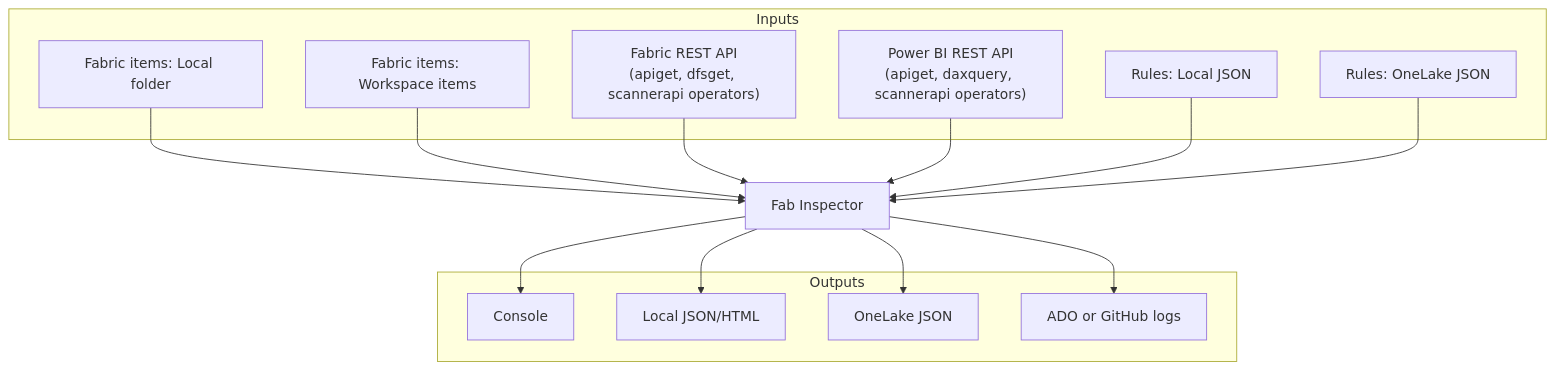
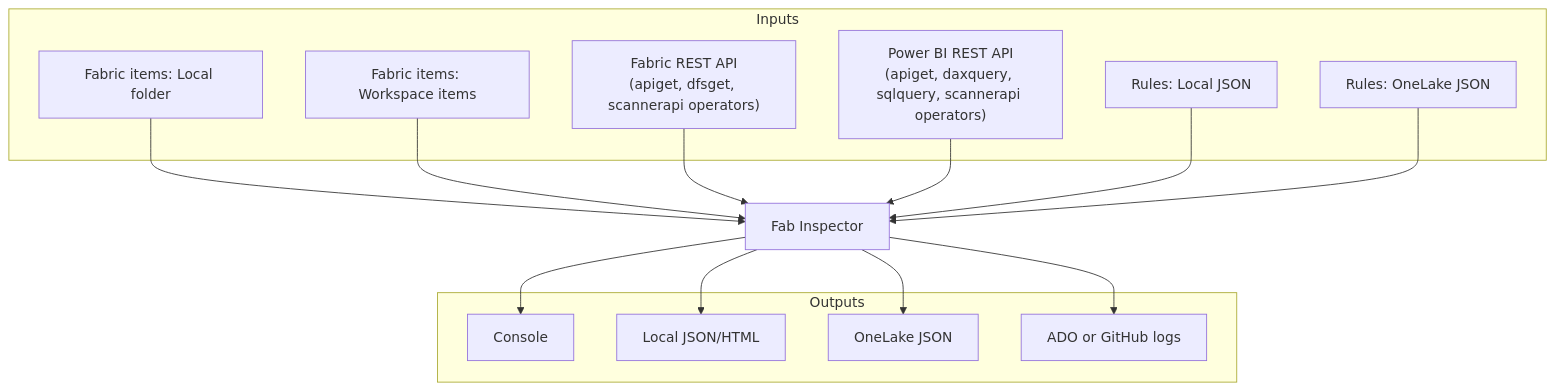
The fifth of 5 diagrams in README.md (NatVanG/fab-inspector), drawn with Mermaid before and after one commit. The commit also changed other lines of this file and 2 other files, not shown here.

Commit message:
Updated sqlquery documentation.

````diff
--- a/README.md
+++ b/README.md
@@ -189,31 +189,31 @@
 ```mermaid
 flowchart TB
     subgraph Inputs
       A1[Fabric items: Local folder]
       A2[Fabric items: Workspace items]
       A3["Fabric REST API\n(apiget, dfsget, scannerapi operators)"]
-      A4["Power BI REST API\n(apiget, daxquery, scannerapi operators)"]
+      A4["Power BI REST API\n(apiget, daxquery, sqlquery, scannerapi operators)"]
       B1[Rules: Local JSON]
       B2[Rules: OneLake JSON]
     end
 
     C[Fab Inspector]
 
     subgraph Outputs
       D1[Console]
       D2[Local JSON/HTML]
       D3[OneLake JSON]
       D4[ADO or GitHub logs]
     end
 
     A1 --> C
     A2 --> C
     A3 --> C
     A4 --> C
     B1 --> C
     B2 --> C
     C --> D1
     C --> D2
     C --> D3
     C --> D4
 ```
````
